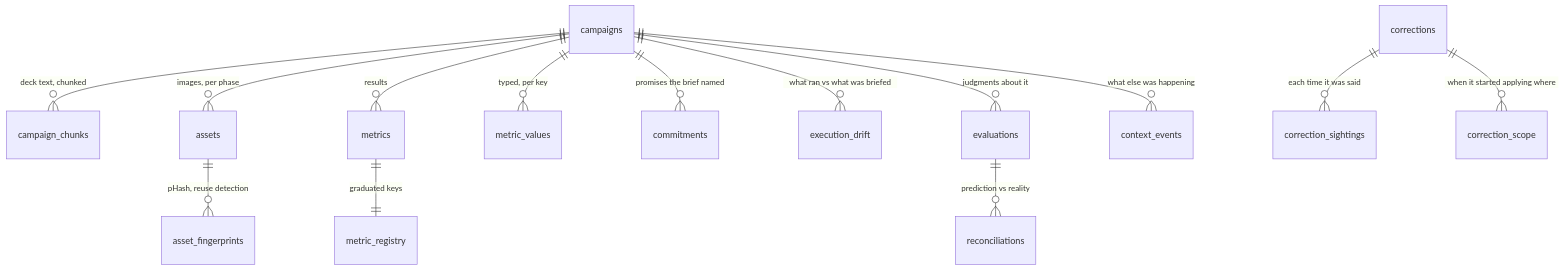
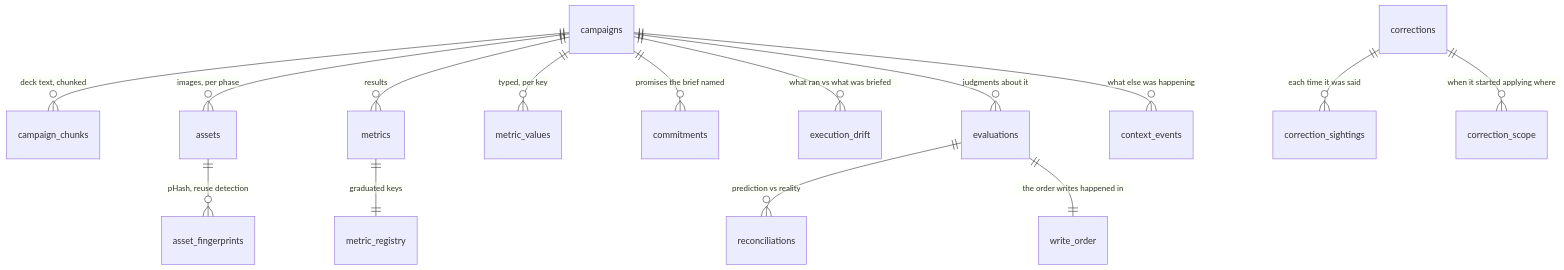
Before and after one commit to nilubhatt/campaign-poc: the third of 10 diagrams in design.md, drawn with Mermaid. The commit also changed other lines of this file and 2 other files, not shown here.

````diff
--- a/design.md
+++ b/design.md
@@ -147,16 +147,17 @@
 ```mermaid
 erDiagram
     campaigns ||--o{ campaign_chunks : "deck text, chunked"
     campaigns ||--o{ assets : "images, per phase"
     campaigns ||--o{ metrics : "results"
     campaigns ||--o{ metric_values : "typed, per key"
     campaigns ||--o{ commitments : "promises the brief named"
     campaigns ||--o{ execution_drift : "what ran vs what was briefed"
     campaigns ||--o{ evaluations : "judgments about it"
     campaigns ||--o{ context_events : "what else was happening"
     assets ||--o{ asset_fingerprints : "pHash, reuse detection"
     evaluations ||--o{ reconciliations : "prediction vs reality"
     metrics ||--|| metric_registry : "graduated keys"
     corrections ||--o{ correction_sightings : "each time it was said"
     corrections ||--o{ correction_scope : "when it started applying where"
+    evaluations ||--|| write_order : "the order writes happened in"
 ```
````
